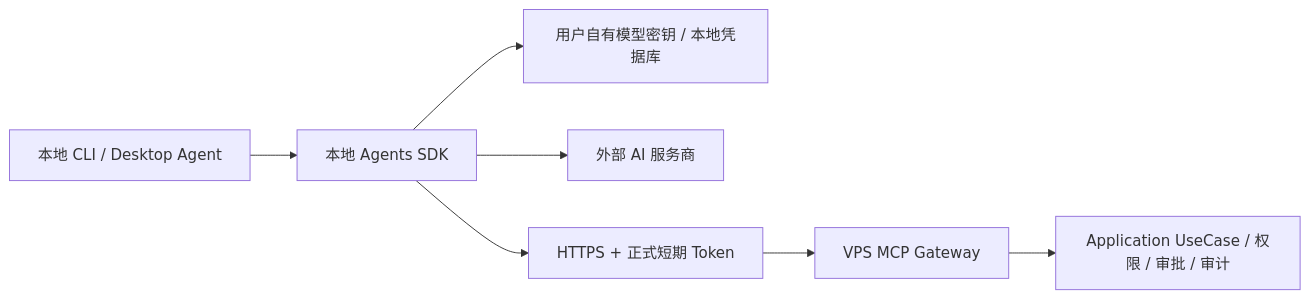
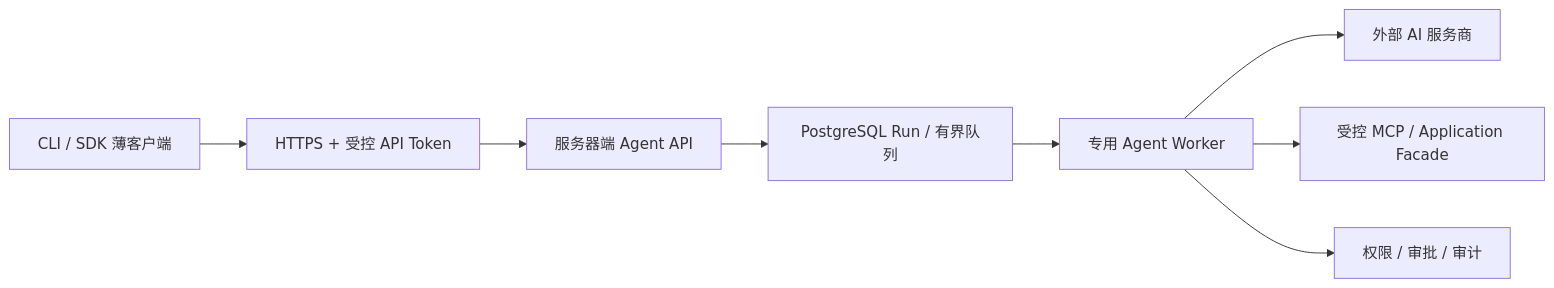
The second of 2 diagrams in docs/plans/terminal-agent-multi-user-runtime-plan-2026-08-18.md (guiyinan/agomTradePro), drawn with Mermaid before and after one commit. The commit also changed other lines of this file and 8 other files, not shown here.

````diff
--- a/docs/plans/terminal-agent-multi-user-runtime-plan-2026-08-18.md
+++ b/docs/plans/terminal-agent-multi-user-runtime-plan-2026-08-18.md
@@ -121,9 +121,10 @@
 ```mermaid
 flowchart LR
-    C["本地 CLI / Desktop Agent"] --> L["本地 Agents SDK"]
-    L --> K["用户自有模型密钥 / 本地凭据库"]
-    L --> P["外部 AI 服务商"]
-    L --> G["HTTPS + 正式短期 Token"]
-    G --> M["VPS MCP Gateway"]
-    M --> B["Application UseCase / 权限 / 审批 / 审计"]
+    C["CLI / SDK 薄客户端"] --> G["HTTPS + 受控 API Token"]
+    G --> A["服务器端 Agent API"]
+    A --> Q["PostgreSQL Run / 有界队列"]
+    Q --> W["专用 Agent Worker"]
+    W --> P["外部 AI 服务商"]
+    W --> M["受控 MCP / Application Facade"]
+    W --> B["权限 / 审批 / 审计"]
 ```
````
